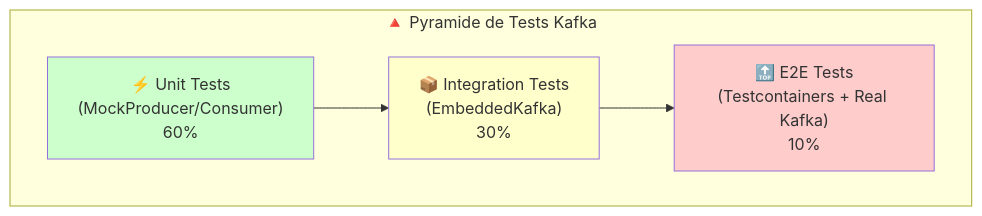
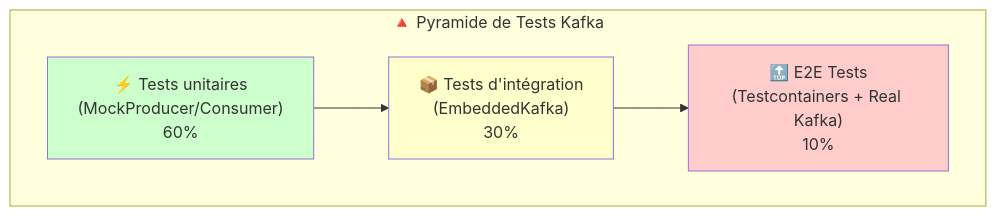
The third of 5 diagrams in day-03-integration/README.md (msellamiTN/formation--kafka-dotnet), drawn with Mermaid before and after one commit. The commit also changed other lines of this file and 53 other files, not shown here.

````diff
--- a/day-03-integration/README.md
+++ b/day-03-integration/README.md
@@ -71,14 +198,14 @@
 ```mermaid
 flowchart TB
     subgraph Pyramid["🔺 Pyramide de Tests Kafka"]
         E2E["🔝 E2E Tests<br/>(Testcontainers + Real Kafka)<br/>10%"]
-        INT["📦 Integration Tests<br/>(EmbeddedKafka)<br/>30%"]
-        UNIT["⚡ Unit Tests<br/>(MockProducer/Consumer)<br/>60%"]
+        INT["📦 Tests d'intégration<br/>(EmbeddedKafka)<br/>30%"]
+        UNIT["⚡ Tests unitaires<br/>(MockProducer/Consumer)<br/>60%"]
     end
-    
+
     UNIT --> INT --> E2E
-    
+
     style E2E fill:#ffcccc
     style INT fill:#ffffcc
     style UNIT fill:#ccffcc
 ```
````
